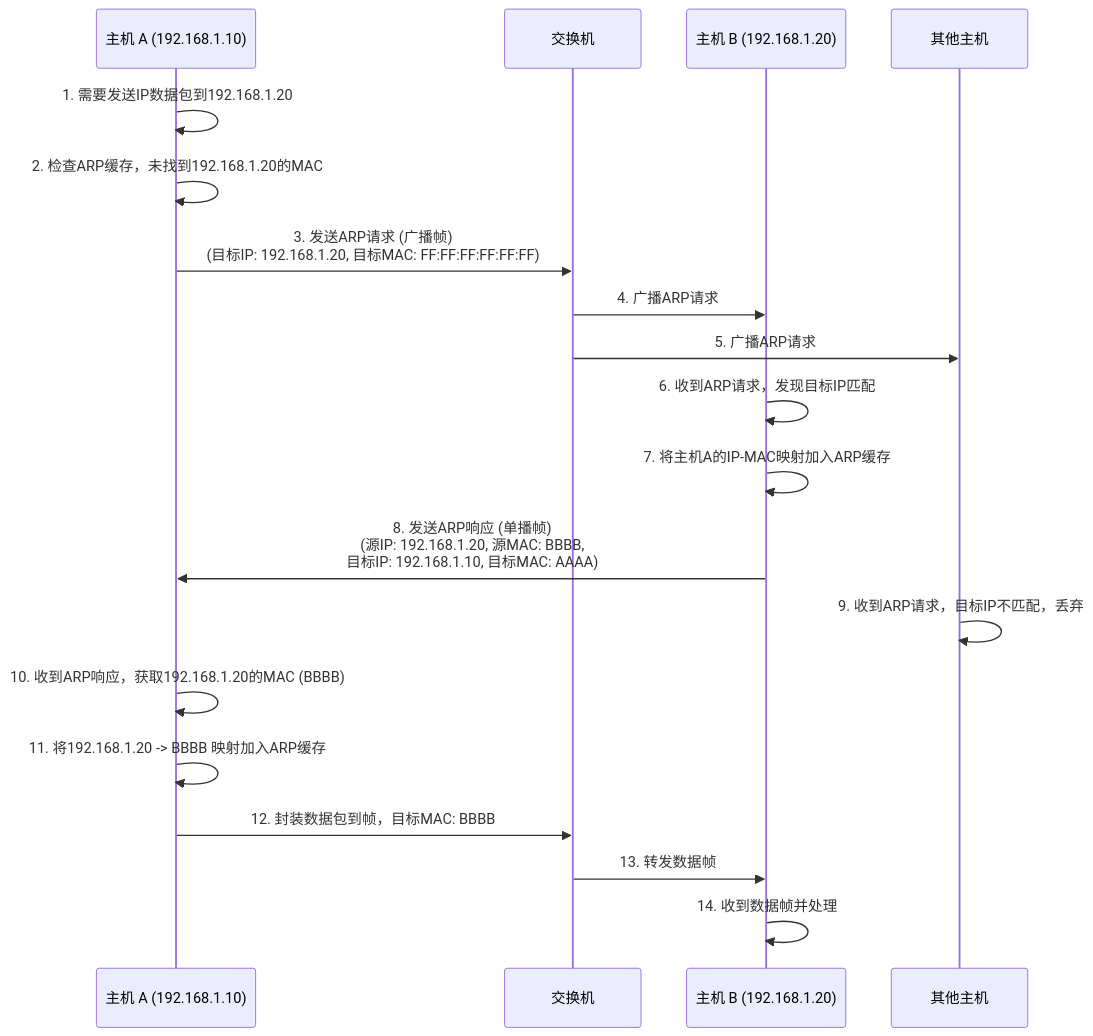
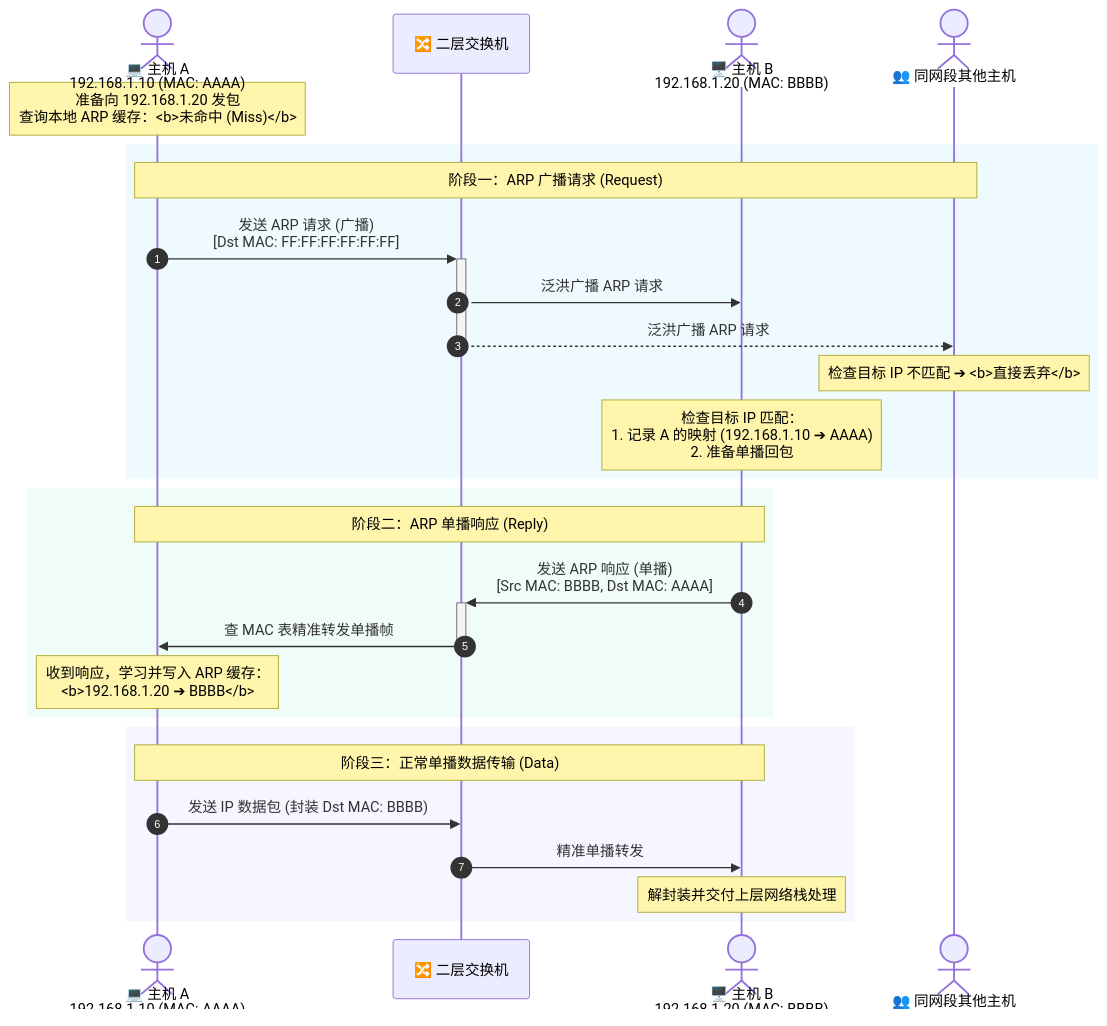
One commit to teatang/t-blog changed the first of 2 diagrams in source/_posts/2024/2024-01-31_ARP (Address Resolution Protocol) 详解.md. Above: the diagram before and after it, drawn with Mermaid. The commit also changed other lines of this file and 7 other files, not shown here.

```diff
--- a/source/_posts/2024/2024-01-31_ARP (Address Resolution Protocol) 详解.md
+++ b/source/_posts/2024/2024-01-31_ARP (Address Resolution Protocol) 详解.md
@@ -40,24 +40,37 @@
 {% mermaid %}
 sequenceDiagram
-    participant HostA as 主机 A (192.168.1.10)
-    participant Switch as 交换机
-    participant HostB as 主机 B (192.168.1.20)
-    participant OtherHosts as 其他主机
+    autonumber
+    actor HostA as 💻 主机 A<br/>192.168.1.10 (MAC: AAAA)
+    participant Switch as 🔀 二层交换机
+    actor HostB as 🖥️ 主机 B<br/>192.168.1.20 (MAC: BBBB)
+    actor Other as 👥 同网段其他主机
 
-    HostA->>HostA: 1. 需要发送IP数据包到192.168.1.20
-    HostA->>HostA: 2. 检查ARP缓存，未找到192.168.1.20的MAC
-    HostA->>Switch: 3. 发送ARP请求 (广播帧)<br/>(目标IP: 192.168.1.20, 目标MAC: FF:FF:FF:FF:FF:FF)
-    Switch->>HostB: 4. 广播ARP请求
-    Switch->>OtherHosts: 5. 广播ARP请求
+    Note over HostA: 准备向 192.168.1.20 发包<br/>查询本地 ARP 缓存：<b>未命中 (Miss)</b>
 
-    HostB->>HostB: 6. 收到ARP请求，发现目标IP匹配
-    HostB->>HostB: 7. 将主机A的IP-MAC映射加入ARP缓存
-    HostB->>HostA: 8. 发送ARP响应 (单播帧)<br/>(源IP: 192.168.1.20, 源MAC: BBBB,<br/>目标IP: 192.168.1.10, 目标MAC: AAAA)
-    OtherHosts->>OtherHosts: 9. 收到ARP请求，目标IP不匹配，丢弃
+    rect rgba(56, 189, 248, 0.08)
+        Note over HostA,Other: 阶段一：ARP 广播请求 (Request)
+        HostA->>+Switch: 发送 ARP 请求 (广播)<br/>[Dst MAC: FF:FF:FF:FF:FF:FF]
+        Switch->>HostB: 泛洪广播 ARP 请求
+        Switch-->>Other: 泛洪广播 ARP 请求
+        deactivate Switch
 
-    HostA->>HostA: 10. 收到ARP响应，获取192.168.1.20的MAC (BBBB)
-    HostA->>HostA: 11. 将192.168.1.20 -> BBBB 映射加入ARP缓存
-    HostA->>Switch: 12. 封装数据包到帧，目标MAC: BBBB
-    Switch->>HostB: 13. 转发数据帧
-    HostB->>HostB: 14. 收到数据帧并处理
+        Note over Other: 检查目标 IP 不匹配 ➔ <b>直接丢弃</b>
+        Note over HostB: 检查目标 IP 匹配：<br/>1. 记录 A 的映射 (192.168.1.10 ➔ AAAA)<br/>2. 准备单播回包
+    end
+
+    rect rgba(52, 211, 153, 0.08)
+        Note over HostA,HostB: 阶段二：ARP 单播响应 (Reply)
+        HostB->>+Switch: 发送 ARP 响应 (单播)<br/>[Src MAC: BBBB, Dst MAC: AAAA]
+        Switch->>HostA: 查 MAC 表精准转发单播帧
+        deactivate Switch
+
+        Note over HostA: 收到响应，学习并写入 ARP 缓存：<br/><b>192.168.1.20 ➔ BBBB</b>
+    end
+
+    rect rgba(129, 140, 248, 0.08)
+        Note over HostA,HostB: 阶段三：正常单播数据传输 (Data)
+        HostA->>Switch: 发送 IP 数据包 (封装 Dst MAC: BBBB)
+        Switch->>HostB: 精准单播转发
+        Note over HostB: 解封装并交付上层网络栈处理
+    end
 {% endmermaid %}
```
